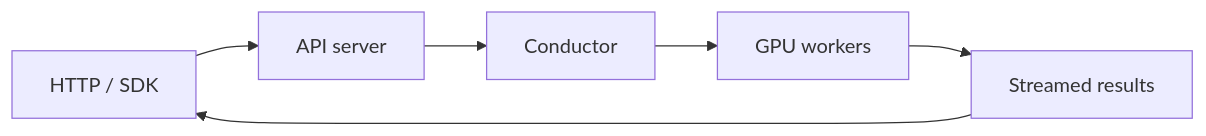
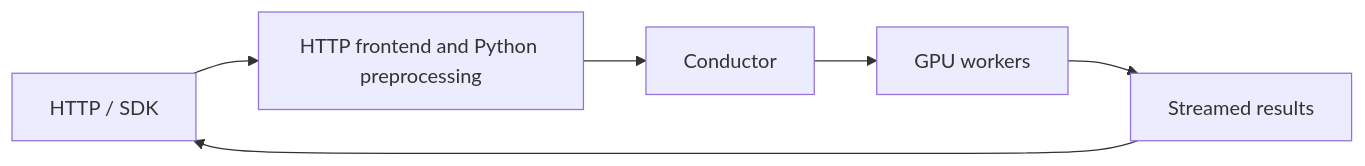
The diagram in docs/mintlify/index.mdx (mstar-project/mstar), drawn with Mermaid before and after one commit. The commit also changed other lines of this file and 10 other files, not shown here.

````diff
--- a/docs/mintlify/index.mdx
+++ b/docs/mintlify/index.mdx
@@ -37,8 +29,8 @@
 ```mermaid
 flowchart LR
-    Client[HTTP / SDK] --> API[API server]
+    Client[HTTP / SDK] --> API[HTTP frontend and Python preprocessing]
     API --> Conductor[Conductor]
     Conductor --> Workers[GPU workers]
     Workers --> Results[Streamed results]
     Results --> Client
 ```
````
